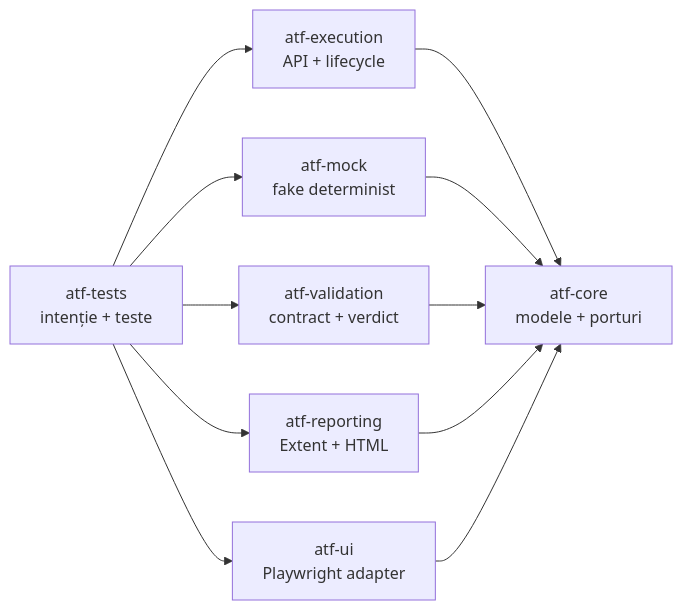
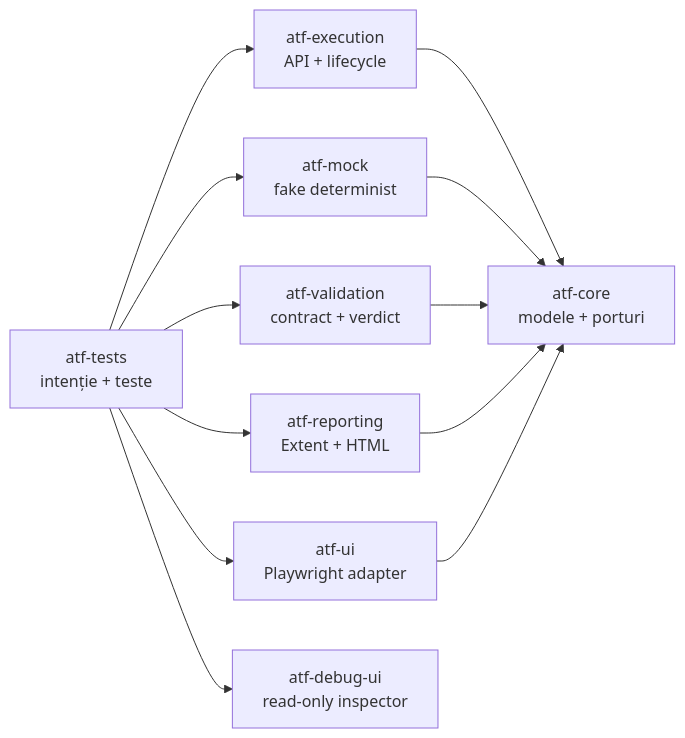
The diagram in docs/README.md (crististefanita/demo2), drawn with Mermaid before and after one commit. The commit also changed other lines of this file and 385 other files, not shown here.

````diff
--- a/docs/README.md
+++ b/docs/README.md
@@ -41,13 +44,14 @@
 ```mermaid
 flowchart LR
     Tests[atf-tests<br/>intenție + teste] --> Execution[atf-execution<br/>API + lifecycle]
     Tests --> Mock[atf-mock<br/>fake determinist]
     Tests --> Validation[atf-validation<br/>contract + verdict]
     Tests --> Reporting[atf-reporting<br/>Extent + HTML]
     Tests --> Ui[atf-ui<br/>Playwright adapter]
+    Tests --> DebugUi[atf-debug-ui<br/>read-only inspector]
     Execution --> Core[atf-core<br/>modele + porturi]
     Mock --> Core
     Validation --> Core
     Reporting --> Core
     Ui --> Core
 ```
````
